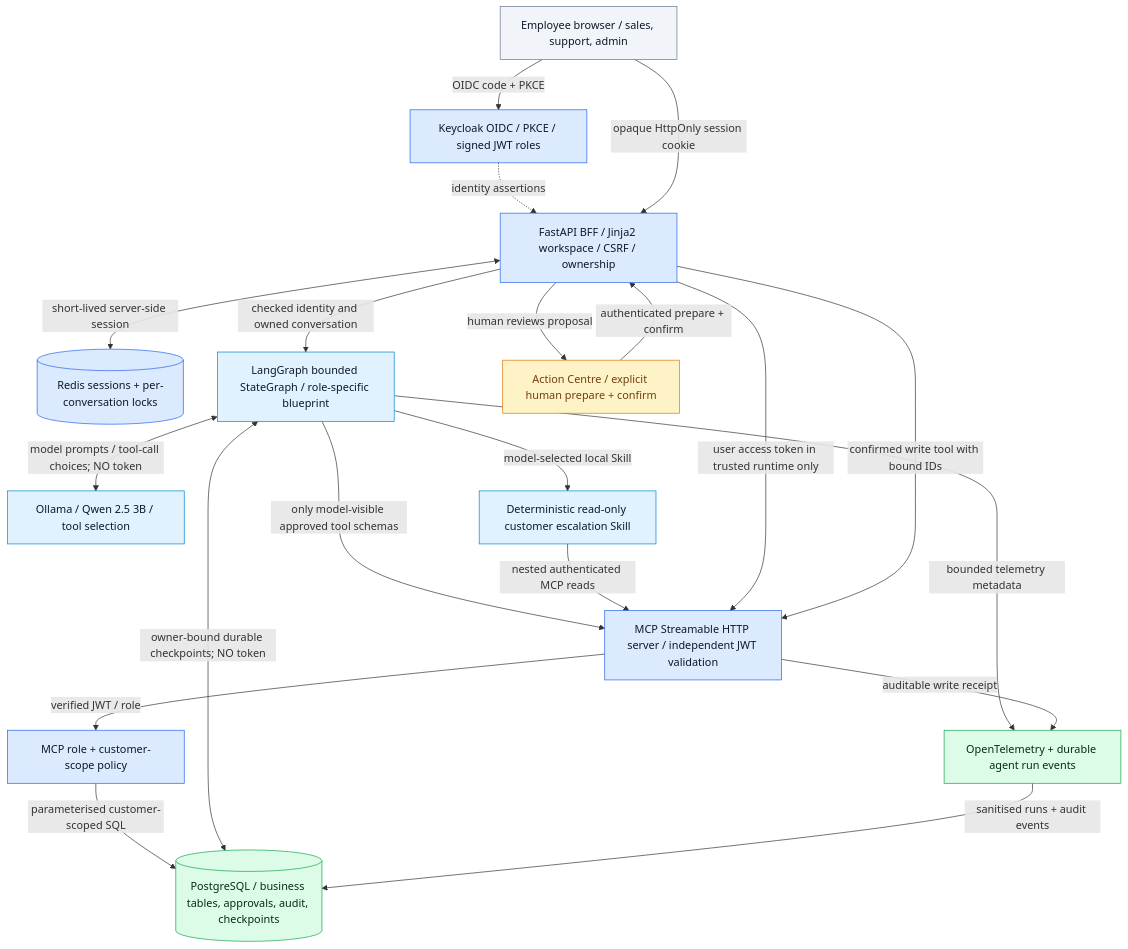
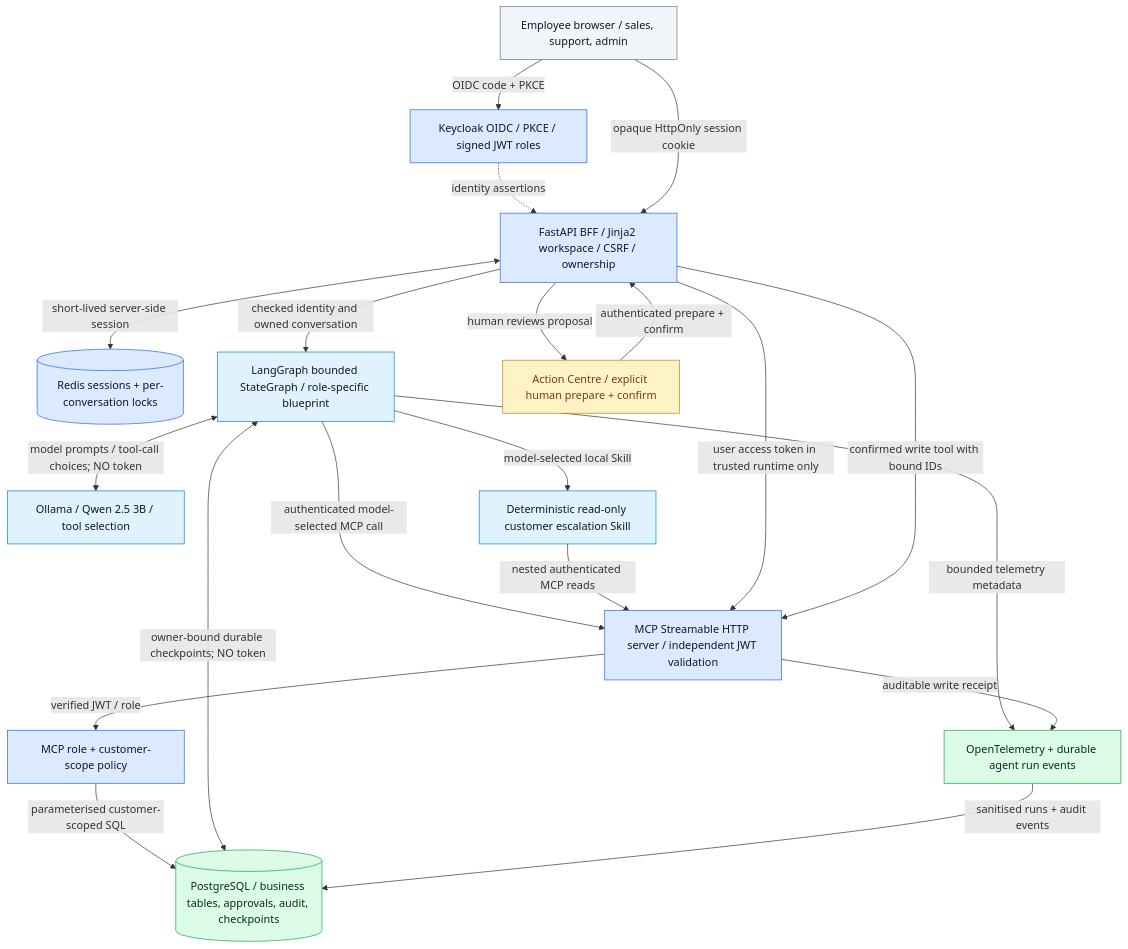
Before and after one commit to rastogivaibhav/AcmeOperationsCopilot: the diagram in docs/architecture-current.mmd, drawn with Mermaid.

Commit message:
Clarify model-selected MCP call semantics in architecture flow

```diff
--- a/docs/architecture-current.mmd
+++ b/docs/architecture-current.mmd
@@ -1,44 +1,44 @@
 flowchart TB
   User["Employee browser / sales, support, admin"]
   KC["Keycloak OIDC / PKCE / signed JWT roles"]
   Web["FastAPI BFF / Jinja2 workspace / CSRF / ownership"]
   Redis[("Redis sessions + per-conversation locks")]
   Graph["LangGraph bounded StateGraph / role-specific blueprint"]
   LLM["Ollama / Qwen 2.5 3B / tool selection"]
   Skill["Deterministic read-only customer escalation Skill"]
   MCP["MCP Streamable HTTP server / independent JWT validation"]
   Policy["MCP role + customer-scope policy"]
   Pg[("PostgreSQL / business tables, approvals, audit, checkpoints")]
   Review["Action Centre / explicit human prepare + confirm"]
   Trace["OpenTelemetry + durable agent run events"]
 
   User -->|"OIDC code + PKCE"| KC
   KC -.->|"identity assertions"| Web
   User -->|"opaque HttpOnly session cookie"| Web
   Web <-->|"short-lived server-side session"| Redis
   Web -->|"checked identity and owned conversation"| Graph
   Graph <-->|"model prompts / tool-call choices; NO token"| LLM
-  Graph -->|"only model-visible approved tool schemas"| MCP
+  Graph -->|"authenticated model-selected MCP call"| MCP
   Graph -->|"model-selected local Skill"| Skill
   Skill -->|"nested authenticated MCP reads"| MCP
   Web -->|"user access token in trusted runtime only"| MCP
   MCP -->|"verified JWT / role"| Policy
   Policy -->|"parameterised customer-scoped SQL"| Pg
   Graph <-->|"owner-bound durable checkpoints; NO token"| Pg
   Web -->|"human reviews proposal"| Review
   Review -->|"authenticated prepare + confirm"| Web
   Web -->|"confirmed write tool with bound IDs"| MCP
   Graph -->|"bounded telemetry metadata"| Trace
   MCP -->|"auditable write receipt"| Trace
   Trace -->|"sanitised runs + audit events"| Pg
 
   classDef user fill:#f1f5f9,stroke:#64748b,color:#0f172a
   classDef trusted fill:#dbeafe,stroke:#2563eb,color:#0f172a
   classDef agent fill:#e0f2fe,stroke:#0284c7,color:#0f172a
   classDef data fill:#dcfce7,stroke:#16a34a,color:#052e16
   classDef gate fill:#fef3c7,stroke:#d97706,color:#713f12
   class User user
   class KC,Web,Redis,MCP,Policy trusted
   class Graph,LLM,Skill agent
   class Pg,Trace data
   class Review gate
```
